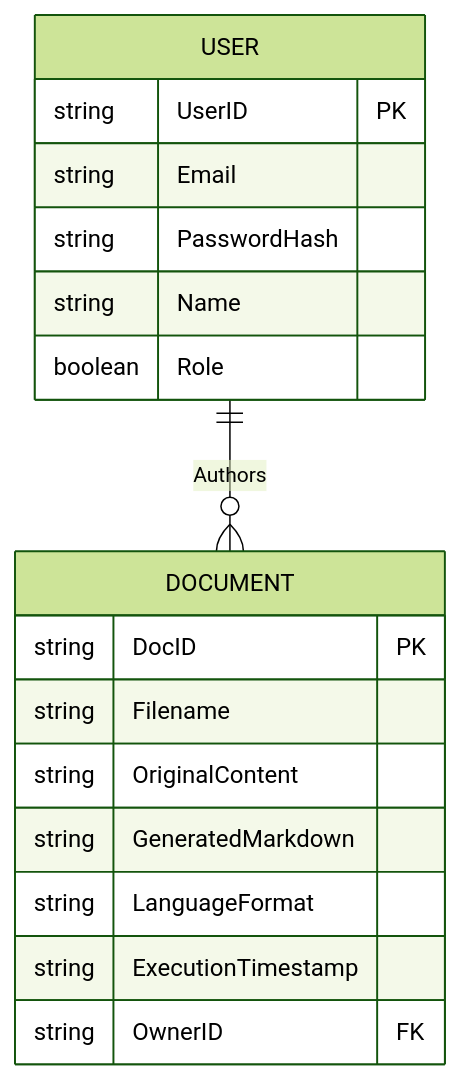
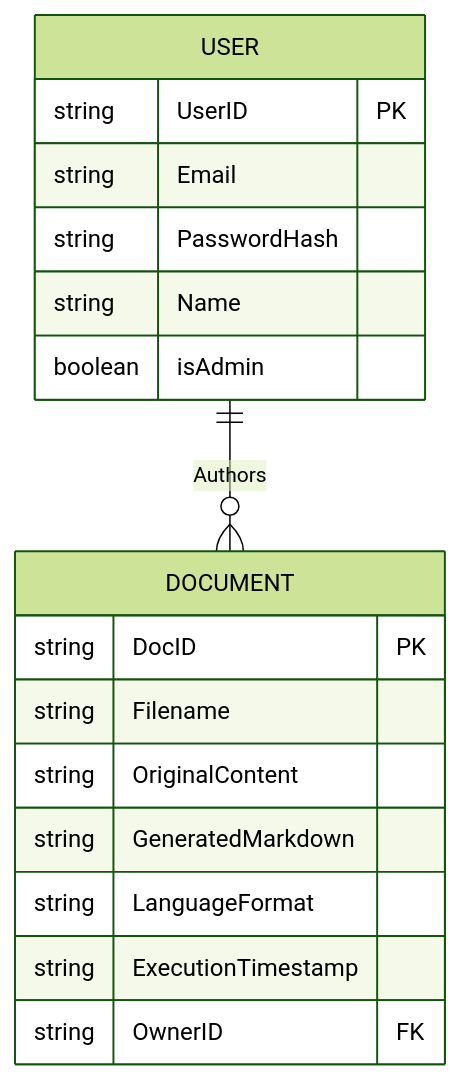
Before and after one commit to Aasthak07/QuillStack-AI: the third of 6 diagrams in reports/Chapter_4_System_Design.md, drawn with Mermaid (forest theme). The commit also changed other lines of this file and 10 other files, not shown here.

````diff
--- a/reports/Chapter_4_System_Design.md
+++ b/reports/Chapter_4_System_Design.md
@@ -78,22 +81,22 @@
 ```mermaid
 erDiagram
     USER ||--o{ DOCUMENT : "Authors"
     
     USER {
         string UserID PK
         string Email
         string PasswordHash
         string Name
-        boolean Role
+        boolean isAdmin
     }
     
     DOCUMENT {
         string DocID PK
         string Filename
         string OriginalContent
         string GeneratedMarkdown
         string LanguageFormat
         string ExecutionTimestamp
         string OwnerID FK
     }
 ```
````
